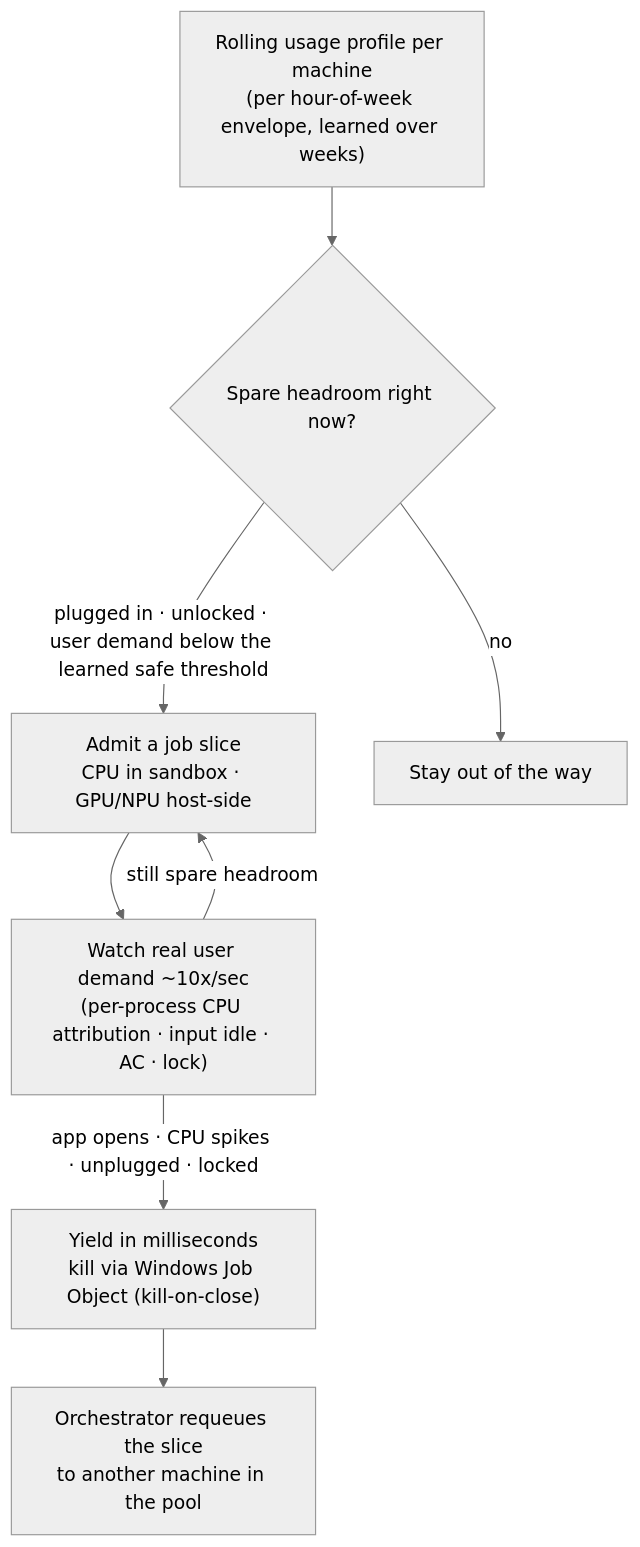
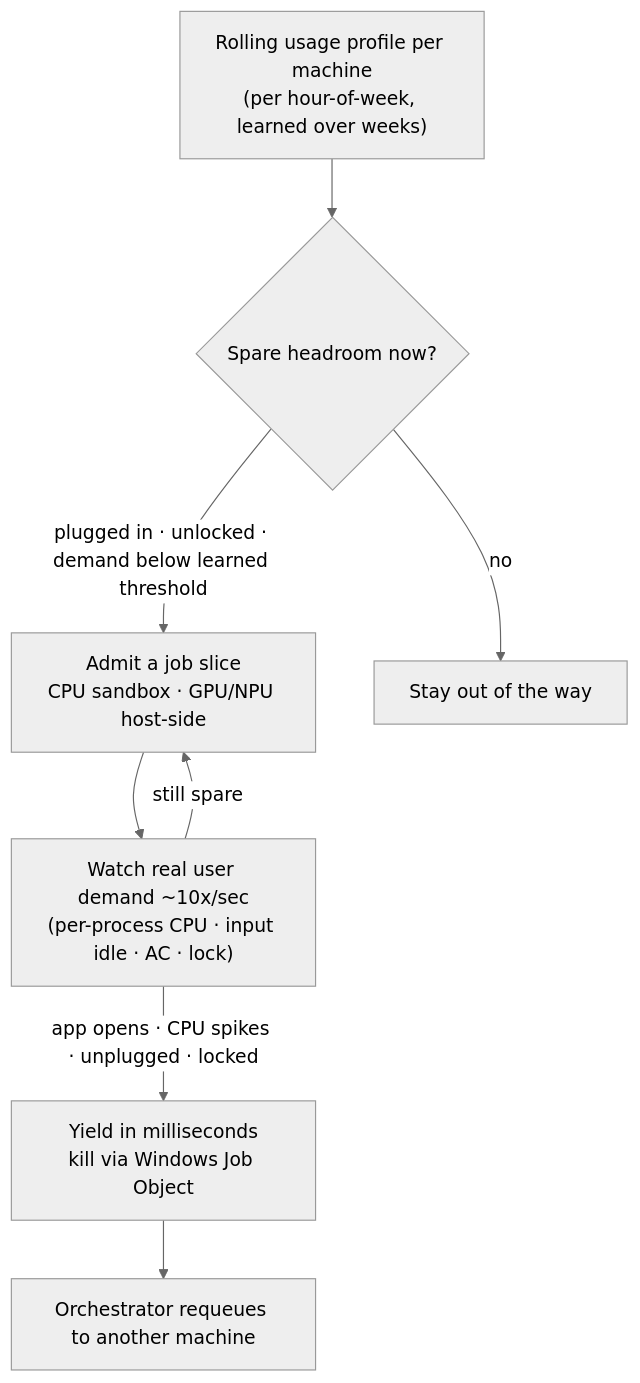
The second of 3 diagrams in README.md (Aditya-Katkuri/OneCompute), drawn with Mermaid (neutral theme) before and after one commit. The commit also changed other lines of this file and 1 other file, not shown here.

````diff
--- a/README.md
+++ b/README.md
@@ -82,10 +63,10 @@
 ```mermaid
 flowchart TD
-    P["Rolling usage profile per machine<br/>(per hour-of-week envelope, learned over weeks)"] --> G{"Spare headroom right now?"}
-    G -->|"plugged in · unlocked · user demand below the learned safe threshold"| A["Admit a job slice<br/>CPU in sandbox · GPU/NPU host-side"]
+    P["Rolling usage profile per machine<br/>(per hour-of-week, learned over weeks)"] --> G{"Spare headroom now?"}
+    G -->|"plugged in · unlocked · demand below learned threshold"| A["Admit a job slice<br/>CPU sandbox · GPU/NPU host-side"]
     G -->|"no"| WAIT["Stay out of the way"]
-    A --> M["Watch real user demand ~10x/sec<br/>(per-process CPU attribution · input idle · AC · lock)"]
-    M -->|"still spare headroom"| A
-    M -->|"app opens · CPU spikes · unplugged · locked"| Y["Yield in milliseconds<br/>kill via Windows Job Object (kill-on-close)"]
-    Y --> R["Orchestrator requeues the slice<br/>to another machine in the pool"]
+    A --> M["Watch real user demand ~10x/sec<br/>(per-process CPU · input idle · AC · lock)"]
+    M -->|"still spare"| A
+    M -->|"app opens · CPU spikes · unplugged · locked"| Y["Yield in milliseconds<br/>kill via Windows Job Object"]
+    Y --> R["Orchestrator requeues to another machine"]
 ```
````
